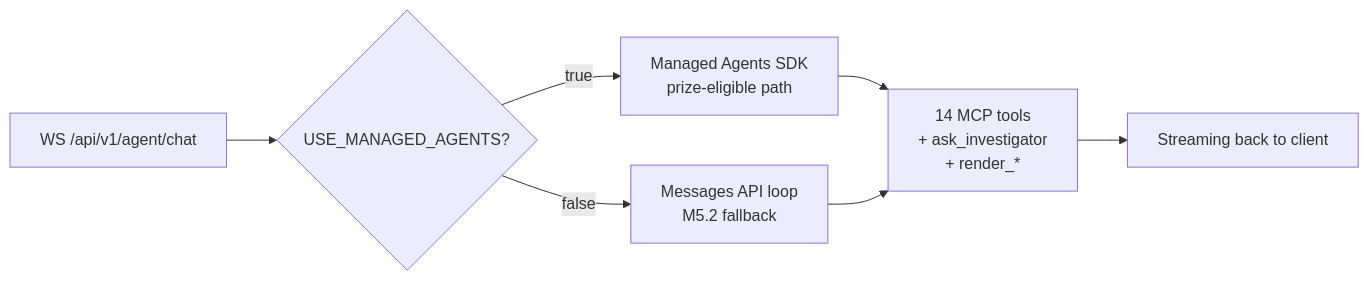
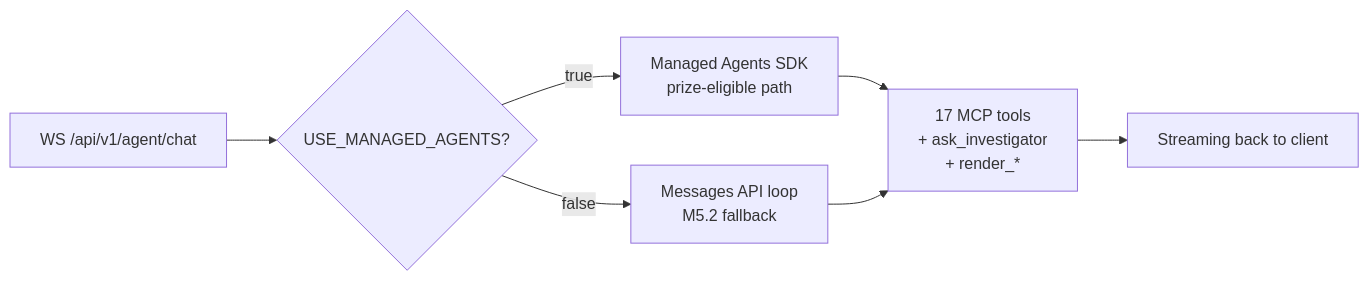
One commit to zestones/Aria changed the fifth of 5 diagrams in docs/audits/M4-M5-sentinel-investigator-workorder-qa-audit.md. Above: the diagram before and after it, drawn with Mermaid. The commit also changed other lines of this file and 16 other files, not shown here.

Commit message:
fix: documentation errors bad mcp tools number

````diff
--- a/docs/audits/M4-M5-sentinel-investigator-workorder-qa-audit.md
+++ b/docs/audits/M4-M5-sentinel-investigator-workorder-qa-audit.md
@@ -385,15 +385,15 @@
 ```mermaid
 flowchart LR
     WS["WS /api/v1/agent/chat"]
     Flag{"USE_MANAGED_AGENTS?"}
     MA["Managed Agents SDK<br/>prize-eligible path"]
     Loop["Messages API loop<br/>M5.2 fallback"]
-    Tools["14 MCP tools<br/>+ ask_investigator<br/>+ render_*"]
+    Tools["17 MCP tools<br/>+ ask_investigator<br/>+ render_*"]
     Out["Streaming back to client"]
     WS --> Flag
     Flag -- true --> MA
     Flag -- false --> Loop
     MA --> Tools
     Loop --> Tools
     Tools --> Out
 ```
````
